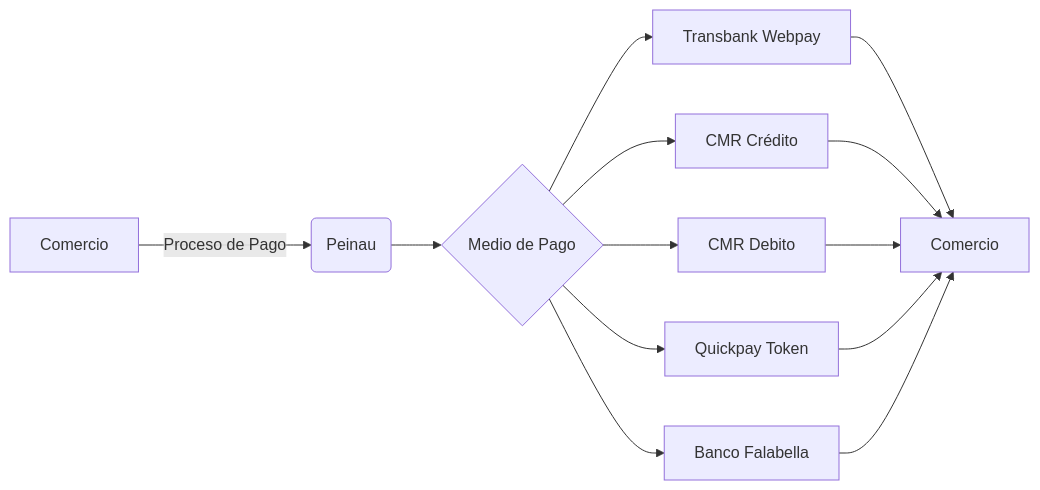
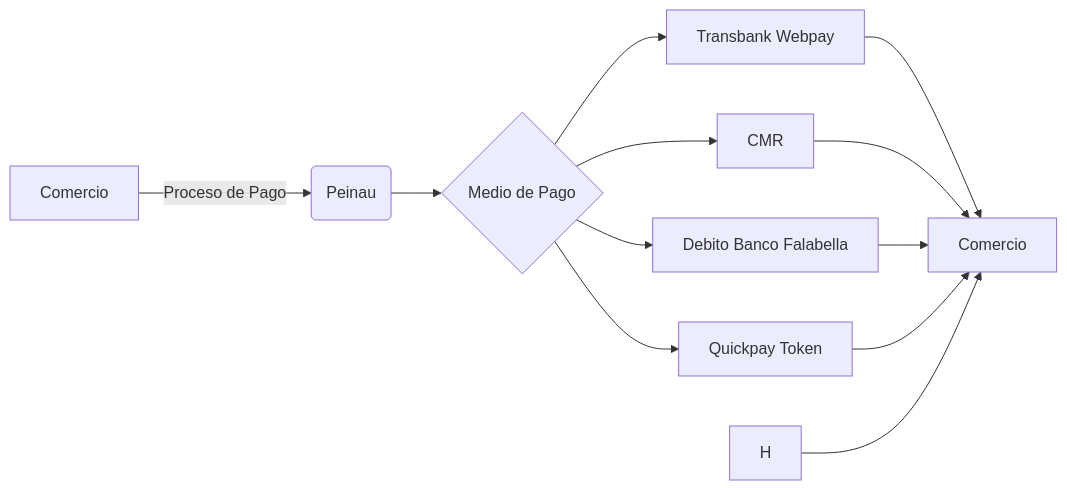
One commit to Peinau/hugo-dev-portal changed the diagram in site/content/introduction/_index.md. Above: the diagram before and after it, drawn with Mermaid.

```diff
--- a/site/content/introduction/_index.md
+++ b/site/content/introduction/_index.md
@@ -13,15 +13,14 @@
 {{<mermaid align="left">}}
 graph LR;
     A[Comercio] -->|Proceso de Pago| B(Peinau)
     B --> C{Medio de Pago}
     C --> D[Transbank Webpay]
-    C --> E[CMR Crédito]
-    C --> F[CMR Debito]
+    C --> E[CMR]
+    C --> F[Debito Banco Falabella]
     C --> G[Quickpay Token]
-    C --> H[Banco Falabella]
     D --> I[Comercio]
     E --> I[Comercio]
     F --> I[Comercio]
     G --> I[Comercio]
     H --> I[Comercio]
 {{< /mermaid >}}
```
